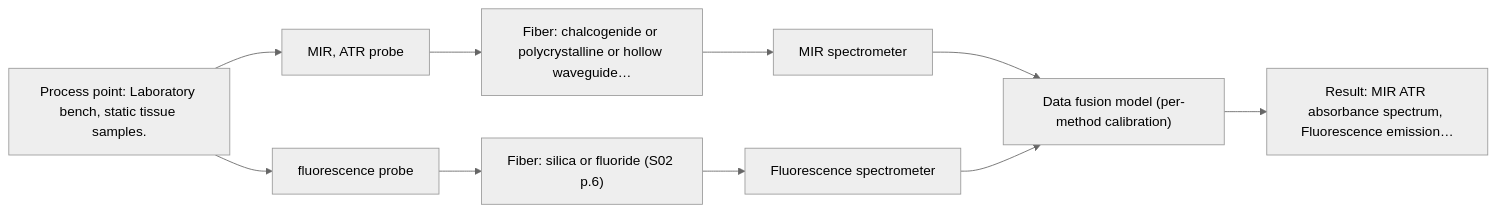
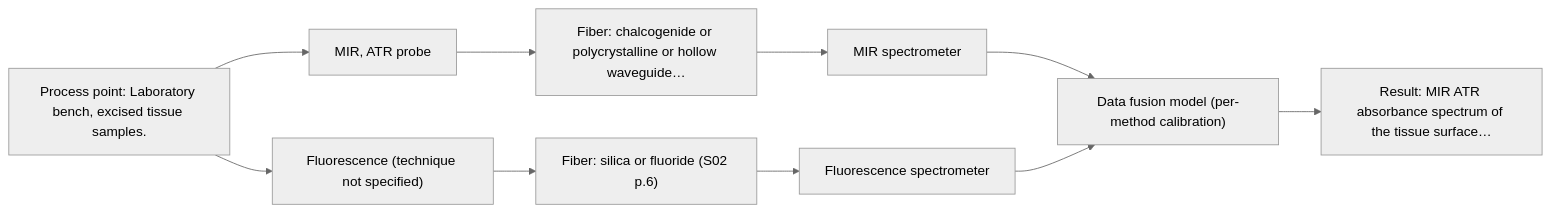
Before and after one commit to sleipnir029/Afs-Spectroscopy-Assistant: the second of 2 diagrams in outputs/dev/D08.md, drawn with Mermaid (neutral theme). The commit also changed other lines of this file and 41 other files, not shown here.

````diff
--- a/outputs/dev/D08.md
+++ b/outputs/dev/D08.md
@@ -93,21 +93,21 @@
 ```mermaid
 flowchart LR
-    proc["Process point: Laboratory bench, static tissue samples."]
+    proc["Process point: Laboratory bench, excised tissue samples."]
     probe1["MIR, ATR probe"]
     fiber1["Fiber: chalcogenide or polycrystalline or hollow waveguide…"]
     spec1["MIR spectrometer"]
-    probe2["fluorescence probe"]
+    probe2["Fluorescence (technique not specified)"]
     fiber2["Fiber: silica or fluoride (S02 p.6)"]
     spec2["Fluorescence spectrometer"]
     model["Data fusion model (per-method calibration)"]
-    result["Result: MIR ATR absorbance spectrum, Fluorescence emission…"]
+    result["Result: MIR ATR absorbance spectrum of the tissue surface…"]
     proc --> probe1
     probe1 --> fiber1
     fiber1 --> spec1
     spec1 --> model
     proc --> probe2
     probe2 --> fiber2
     fiber2 --> spec2
     spec2 --> model
     model --> result
 ```
````
